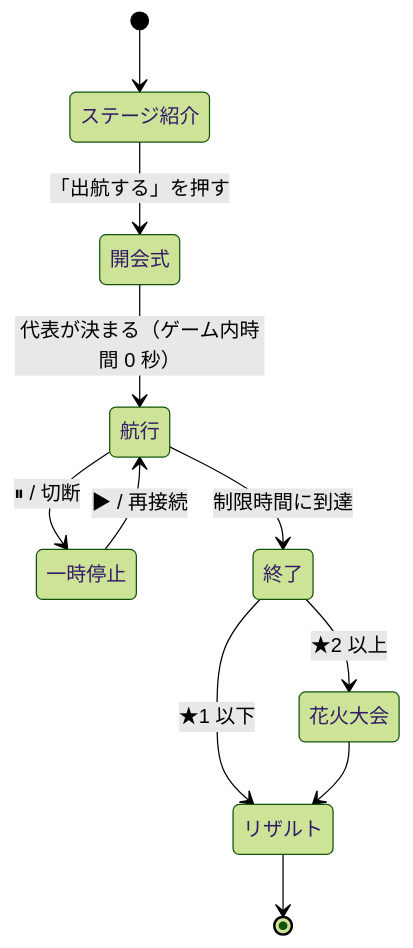
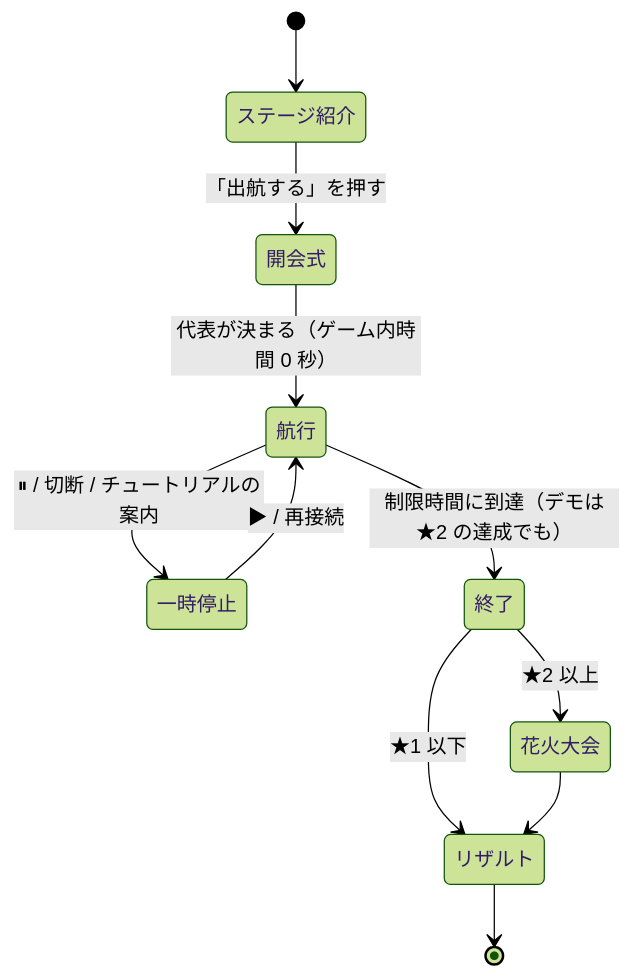
The diagram in docs/05-game-progression.md (K-Kizuku/raft-game), drawn with Mermaid (forest theme) before and after one commit. The commit also changed other lines of this file and 30 other files, not shown here.

````diff
--- a/docs/05-game-progression.md
+++ b/docs/05-game-progression.md
@@ -37,13 +43,13 @@
 ```mermaid
 stateDiagram-v2
     [*] --> ステージ紹介
     ステージ紹介 --> 開会式: 「出航する」を押す
     開会式 --> 航行: 代表が決まる（ゲーム内時間 0 秒）
-    航行 --> 一時停止: ⏸ / 切断
+    航行 --> 一時停止: ⏸ / 切断 / チュートリアルの案内
     一時停止 --> 航行: ▶ / 再接続
-    航行 --> 終了: 制限時間に到達
+    航行 --> 終了: 制限時間に到達（デモは★2 の達成でも）
     終了 --> 花火大会: ★2 以上
     終了 --> リザルト: ★1 以下
     花火大会 --> リザルト
     リザルト --> [*]
 ```
````
